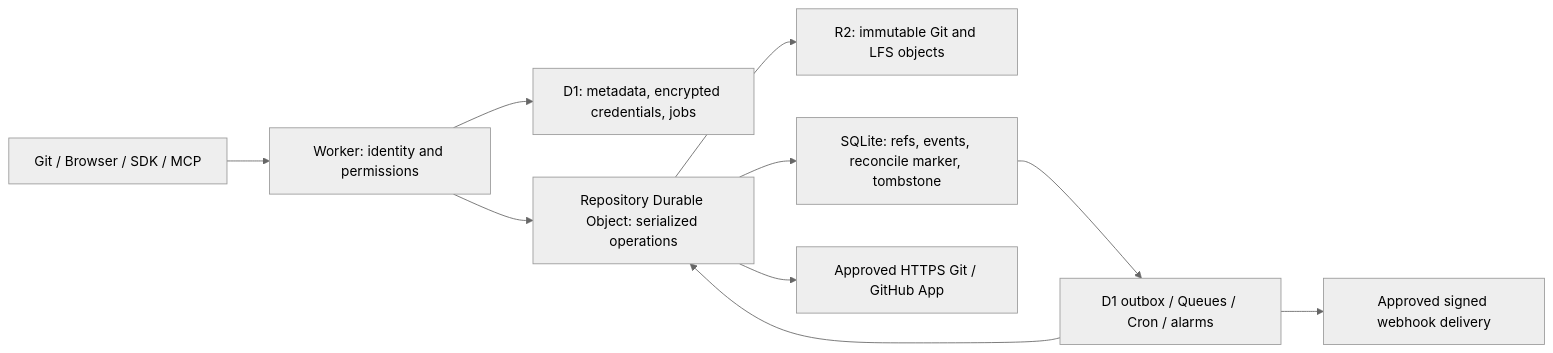
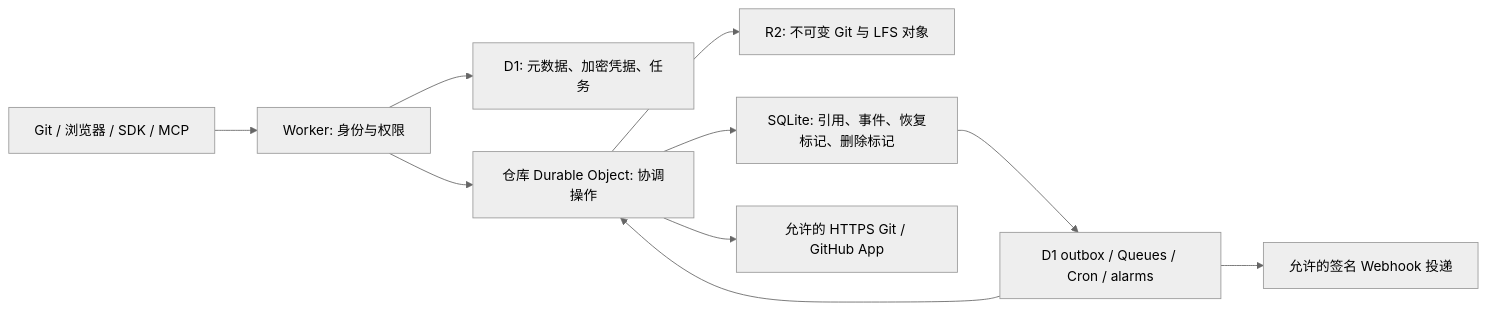
The diagram in docs/ARCHITECTURE.md (DropKbit/OneStorage), drawn with Mermaid (neutral theme) before and after one commit. The commit also changed other lines of this file and 190 other files, not shown here.

````diff
--- a/docs/ARCHITECTURE.md
+++ b/docs/ARCHITECTURE.md
@@ -7,12 +9,12 @@
 ```mermaid
 flowchart LR
-  Client[Git / Browser / SDK / MCP] --> W[Worker: identity and permissions]
-  W --> D1[D1: metadata, encrypted credentials, jobs]
-  W --> DO[Repository Durable Object: serialized operations]
-  DO --> R2[R2: immutable Git and LFS objects]
-  DO --> Refs[SQLite: refs, events, reconcile marker, tombstone]
-  DO --> Upstream[Approved HTTPS Git / GitHub App]
+  Client[Git / 浏览器 / SDK / MCP] --> W[Worker: 身份与权限]
+  W --> D1[D1: 元数据、加密凭据、任务]
+  W --> DO[仓库 Durable Object: 协调操作]
+  DO --> R2[R2: 不可变 Git 与 LFS 对象]
+  DO --> Refs[SQLite: 引用、事件、恢复标记、删除标记]
+  DO --> Upstream[允许的 HTTPS Git / GitHub App]
   Refs --> Q[D1 outbox / Queues / Cron / alarms]
   Q --> DO
-  Q --> Hooks[Approved signed webhook delivery]
+  Q --> Hooks[允许的签名 Webhook 投递]
 ```
````
